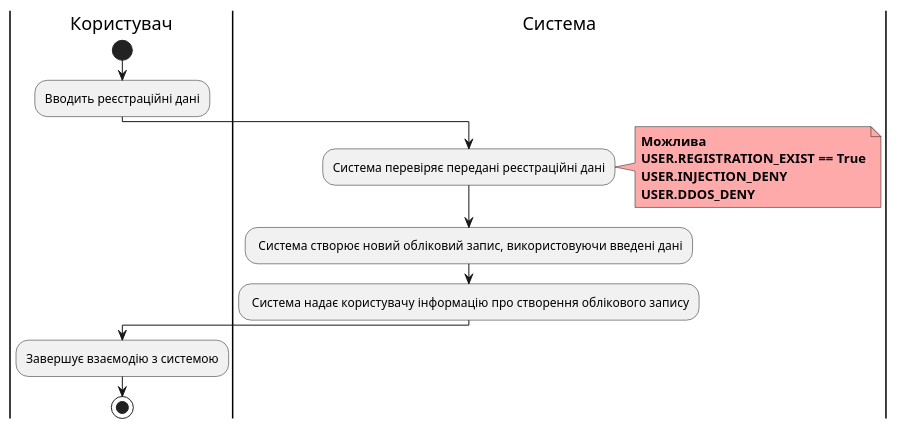
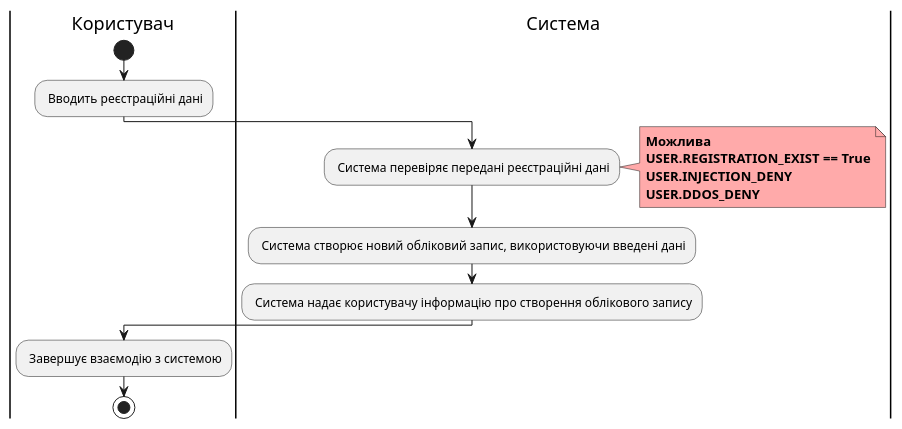
The second of 7 diagrams in docs/use cases/README.md (edu-db/edu_db_labs), drawn with PlantUML before and after one commit. The commit also changed other lines of this file, not shown here.

```diff
--- a/docs/use cases/README.md
+++ b/docs/use cases/README.md
@@ -55,25 +55,25 @@
 @startuml
 
 |Користувач|
 start
-:Вводить реєстраційні дані;
+: Вводить реєстраційні дані;
 
 |Система|
-:Система перевіряє передані реєстраційні дані;
+: Система перевіряє передані реєстраційні дані;
 note right #ffaaaa
 <b>Можлива</b>
 <b>USER.REGISTRATION_EXIST == True</b>
 <b>USER.INJECTION_DENY</b>
 <b>USER.DDOS_DENY</b>
 end note
 
     : Система створює новий обліковий запис, використовуючи введені дані;
 
     : Система надає користувачу інформацію про створення облікового запису;
 
 |Користувач|  
- :Завершує взаємодію з системою;
+ : Завершує взаємодію з системою;
 
     stop;
 
 @enduml
```
